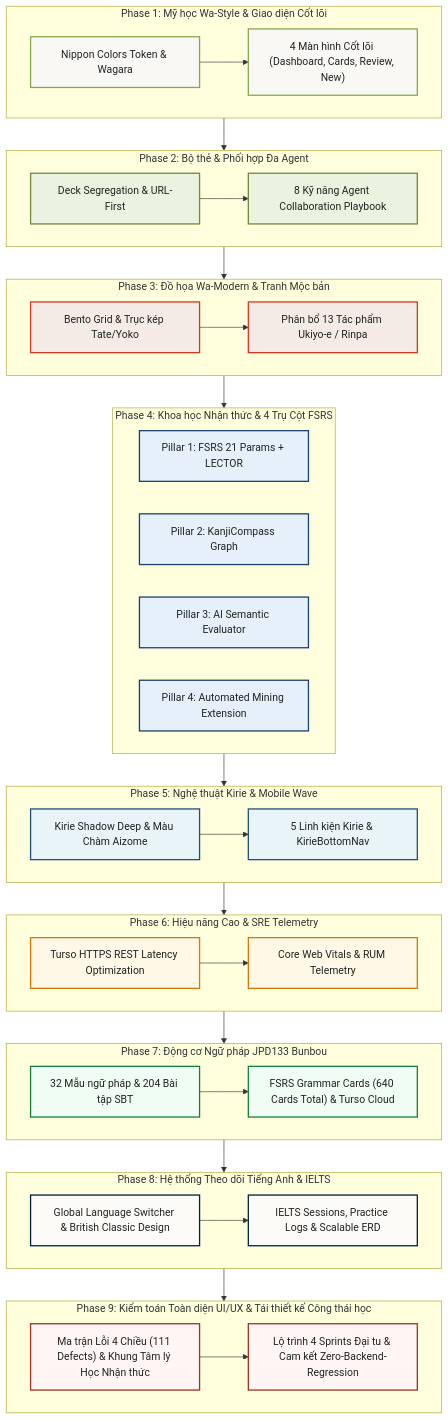
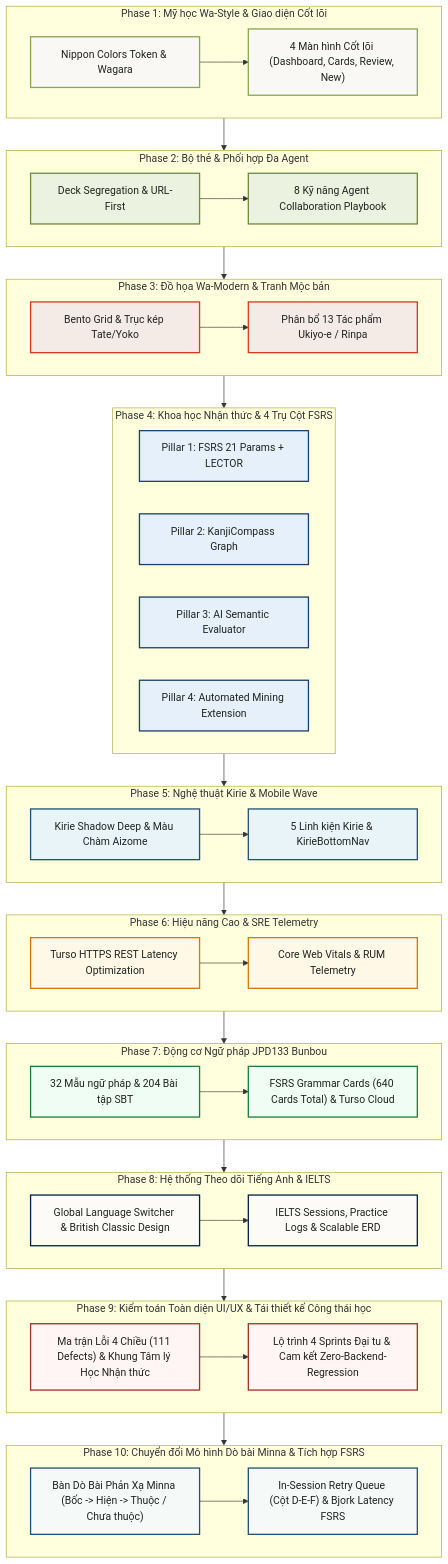
Before and after one commit to egbertbritannia-cpu/japanese-srs-system: the diagram in planning/README.md, drawn with Mermaid. The commit also changed other lines of this file and 3 other files, not shown here.

First line of the commit message:
docs(planning): create Phase 10 Minna Do Bai migration plan and scope framework

````diff
--- a/planning/README.md
+++ b/planning/README.md
@@ -47,53 +48,58 @@
 ```mermaid
 graph TD
     classDef phase1 fill:#FAF8F5,stroke:#88A752,stroke-width:2px,color:#1F2421;
     classDef phase2 fill:#EBF2DF,stroke:#6E8A3C,stroke-width:2px,color:#1F2421;
     classDef phase3 fill:#F5EBE6,stroke:#D9381E,stroke-width:2px,color:#1F2421;
     classDef phase4 fill:#E6F0FA,stroke:#1B4268,stroke-width:2px,color:#1F2421;
     classDef phase5 fill:#E8F4F8,stroke:#20507B,stroke-width:2px,color:#1F2421;
     classDef phase6 fill:#FFF8E7,stroke:#D97706,stroke-width:2px,color:#1F2421;
     classDef phase7 fill:#F0FDF4,stroke:#15803D,stroke-width:2px,color:#1F2421;
     classDef phase8 fill:#FDFBF7,stroke:#002147,stroke-width:2px,color:#1F2421;
     classDef phase9 fill:#FFF5F5,stroke:#9E3223,stroke-width:2px,color:#1F2421;
+    classDef phase10 fill:#F5F9F7,stroke:#20507B,stroke-width:2px,color:#1F2421;
 
     subgraph P1 ["Phase 1: Mỹ học Wa-Style & Giao diện Cốt lõi"]
         A1["Nippon Colors Token & Wagara"]:::phase1 --> A2["4 Màn hình Cốt lõi (Dashboard, Cards, Review, New)"]:::phase1
     end
 
     subgraph P2 ["Phase 2: Bộ thẻ & Phối hợp Đa Agent"]
         B1["Deck Segregation & URL-First"]:::phase2 --> B2["8 Kỹ năng Agent Collaboration Playbook"]:::phase2
     end
 
     subgraph P3 ["Phase 3: Đồ họa Wa-Modern & Tranh Mộc bản"]
         C1["Bento Grid & Trục kép Tate/Yoko"]:::phase3 --> C2["Phân bổ 13 Tác phẩm Ukiyo-e / Rinpa"]:::phase3
     end
 
     subgraph P4 ["Phase 4: Khoa học Nhận thức & 4 Trụ Cột FSRS"]
         D1["Pillar 1: FSRS 21 Params + LECTOR"]:::phase4
         D2["Pillar 2: KanjiCompass Graph"]:::phase4
         D3["Pillar 3: AI Semantic Evaluator"]:::phase4
         D4["Pillar 4: Automated Mining Extension"]:::phase4
     end
 
     subgraph P5 ["Phase 5: Nghệ thuật Kirie & Mobile Wave"]
         E1["Kirie Shadow Deep & Màu Chàm Aizome"]:::phase5 --> E2["5 Linh kiện Kirie & KirieBottomNav"]:::phase5
     end
 
     subgraph P6 ["Phase 6: Hiệu năng Cao & SRE Telemetry"]
         F1["Turso HTTPS REST Latency Optimization"]:::phase6 --> F2["Core Web Vitals & RUM Telemetry"]:::phase6
     end
 
     subgraph P7 ["Phase 7: Động cơ Ngữ pháp JPD133 Bunbou"]
         G1["32 Mẫu ngữ pháp & 204 Bài tập SBT"]:::phase7 --> G2["FSRS Grammar Cards (640 Cards Total) & Turso Cloud"]:::phase7
     end
 
     subgraph P8 ["Phase 8: Hệ thống Theo dõi Tiếng Anh & IELTS"]
         H1["Global Language Switcher & British Classic Design"]:::phase8 --> H2["IELTS Sessions, Practice Logs & Scalable ERD"]:::phase8
     end
 
     subgraph P9 ["Phase 9: Kiểm toán Toàn diện UI/UX & Tái thiết kế Công thái học"]
         I1["Ma trận Lỗi 4 Chiều (111 Defects) & Khung Tâm lý Học Nhận thức"]:::phase9 --> I2["Lộ trình 4 Sprints Đại tu & Cam kết Zero-Backend-Regression"]:::phase9
     end
 
-    P1 --> P2 --> P3 --> P4 --> P5 --> P6 --> P7 --> P8 --> P9
+    subgraph P10 ["Phase 10: Chuyển đổi Mô hình Dò bài Minna & Tích hợp FSRS"]
+        J1["Bàn Dò Bài Phản Xạ Minna (Bốc -> Hiện -> Thuộc / Chưa thuộc)"]:::phase10 --> J2["In-Session Retry Queue (Cột D-E-F) & Bjork Latency FSRS"]:::phase10
+    end
+
+    P1 --> P2 --> P3 --> P4 --> P5 --> P6 --> P7 --> P8 --> P9 --> P10
 ```
````
